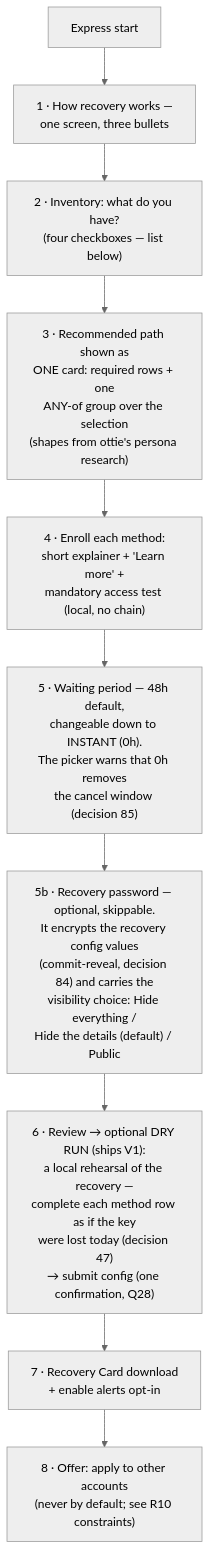
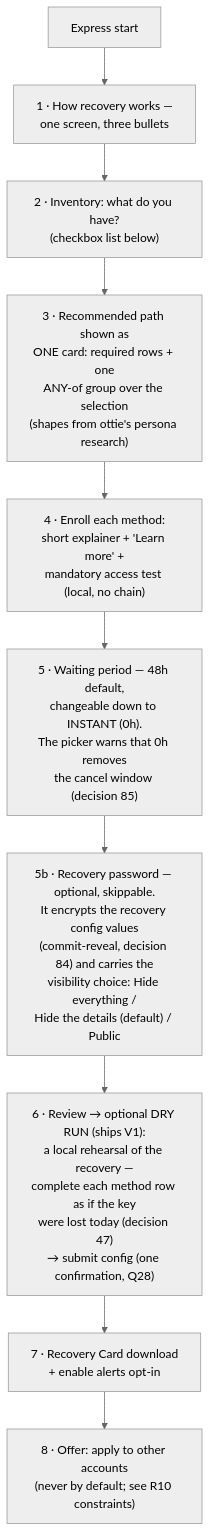
One commit to FiboAtWonder/kohaku-extension changed the fourth of 14 diagrams in social-recovery-ux-flows.md. Above: the diagram before and after it, drawn with Mermaid (neutral theme). The commit also changed other lines of this file and 1 other file, not shown here.

Commit message:
docs: verifier fixes — 6 blockers + minors (stale 24h floor, Flow F/G nodes, inventory email row, funding wording, crossrefs)

````diff
--- a/social-recovery-ux-flows.md
+++ b/social-recovery-ux-flows.md
@@ -113,12 +113,12 @@
 ```mermaid
 flowchart TD
     A[Express start] --> B["1 · How recovery works —<br/>one screen, three bullets"]
-    B --> C["2 · Inventory: what do you have?<br/>(four checkboxes — list below)"]
+    B --> C["2 · Inventory: what do you have?<br/>(checkbox list below)"]
     C --> D["3 · Recommended path shown as<br/>ONE card: required rows + one<br/>ANY-of group over the selection<br/>(shapes from ottie's persona research)"]
     D --> E["4 · Enroll each method:<br/>short explainer + 'Learn more' +<br/>mandatory access test (local, no chain)"]
     E --> F["5 · Waiting period — 48h default,<br/>changeable down to INSTANT (0h).<br/>The picker warns that 0h removes<br/>the cancel window (decision 85)"]
     F --> PW["5b · Recovery password — optional, skippable.<br/>It encrypts the recovery config values<br/>(commit-reveal, decision 84) and carries the<br/>visibility choice: Hide everything /<br/>Hide the details (default) / Public"]
     PW --> G["6 · Review → optional DRY RUN (ships V1):<br/>a local rehearsal of the recovery —<br/>complete each method row as if the key<br/>were lost today (decision 47)<br/>→ submit config (one confirmation, Q28)"]
     G --> H["7 · Recovery Card download<br/>+ enable alerts opt-in"]
     H --> I["8 · Offer: apply to other accounts<br/>(never by default; see R10 constraints)"]
 ```
````
